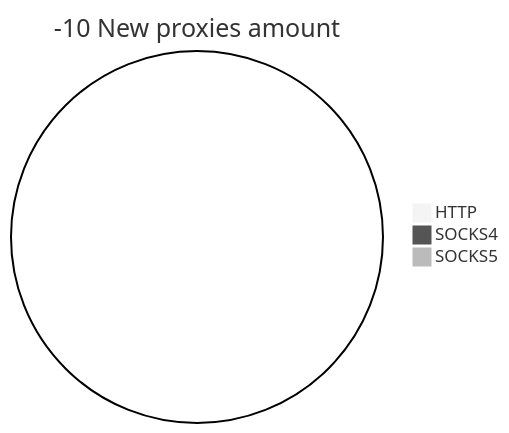
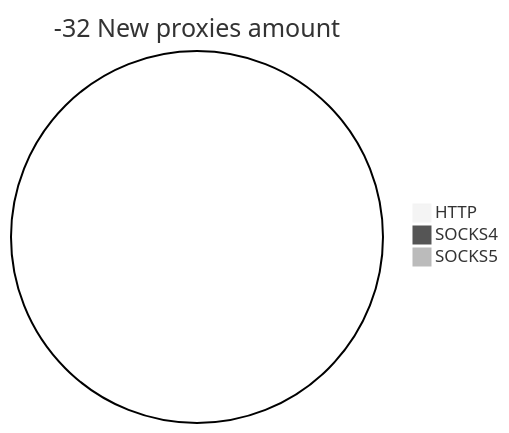
The second of 2 diagrams in README.md (cutipu/proxylist), drawn with Mermaid (neutral theme) before and after one commit. The commit also changed other lines of this file, not shown here.

````diff
--- a/README.md
+++ b/README.md
@@ -10,6 +10,6 @@
 ```mermaid
-pie title -10 New proxies amount
+pie title -32 New proxies amount
     "HTTP" : 0
     "SOCKS4" : 0
     "SOCKS5" : 0
 ```
````
